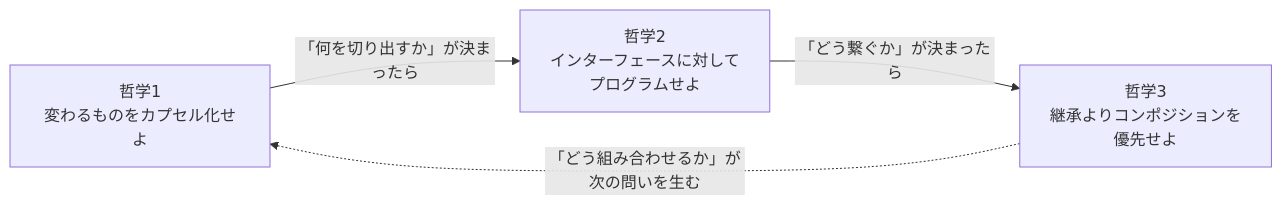
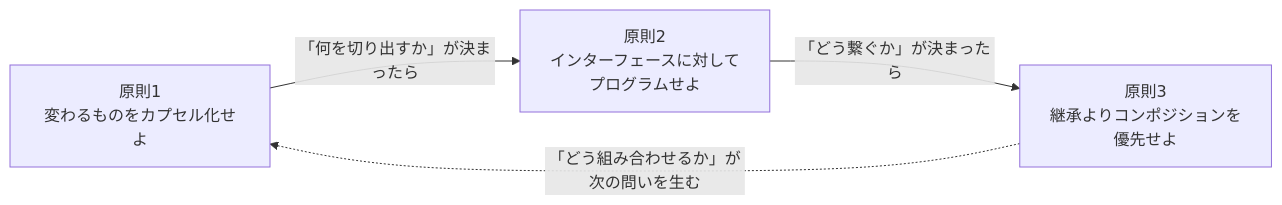
One commit to kumachan1101-pixel/DesignPattern changed the sixth of 7 diagrams in kindle/design-patterns/templates/chapter0-template.md. Above: the diagram before and after it, drawn with Mermaid. The commit also changed other lines of this file and 23 other files, not shown here.

````diff
--- a/kindle/design-patterns/templates/chapter0-template.md
+++ b/kindle/design-patterns/templates/chapter0-template.md
@@ -209,10 +209,10 @@
 ```mermaid
 graph LR
-    P1["哲学1\n変わるものをカプセル化せよ"]
-    P2["哲学2\nインターフェースに対して\nプログラムせよ"]
-    P3["哲学3\n継承よりコンポジションを\n優先せよ"]
+    P1["原則1\n変わるものをカプセル化せよ"]
+    P2["原則2\nインターフェースに対して\nプログラムせよ"]
+    P3["原則3\n継承よりコンポジションを\n優先せよ"]
 
     P1 -->|「何を切り出すか」が決まったら| P2
     P2 -->|「どう繋ぐか」が決まったら| P3
     P3 -.->|「どう組み合わせるか」が次の問いを生む| P1
 ```
````
